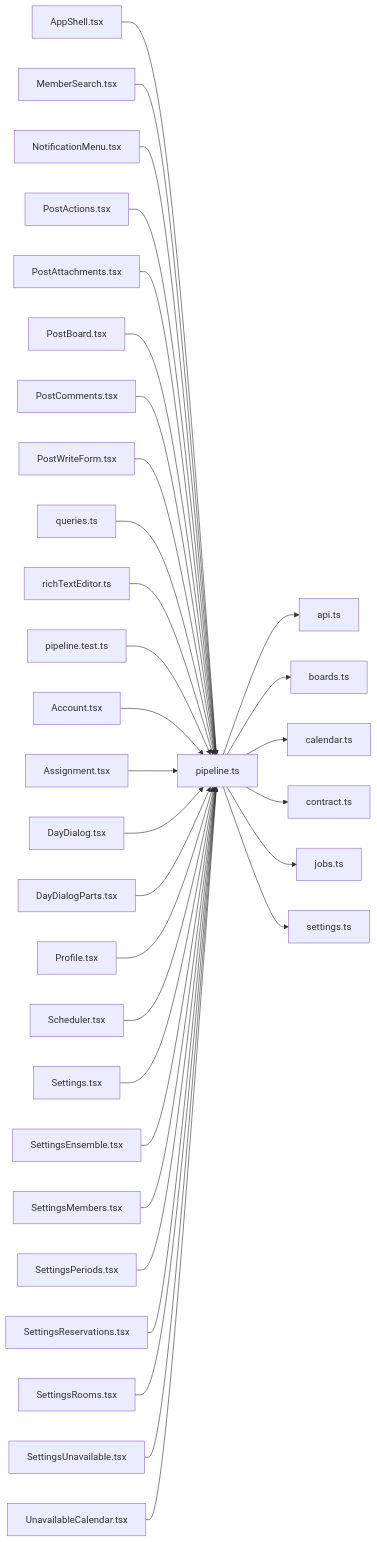
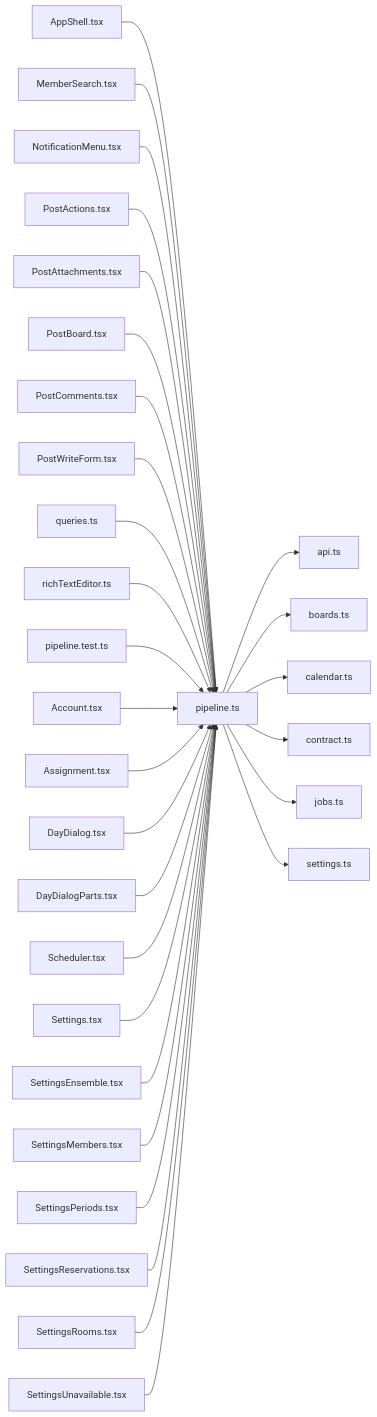
The diagram in .cluedoc/graph/frontend/src/lib/pipeline.md (minkong-dev/Banblit), drawn with Mermaid before and after one commit. The commit also changed other lines of this file and 41 other files, not shown here.

````diff
--- a/.cluedoc/graph/frontend/src/lib/pipeline.md
+++ b/.cluedoc/graph/frontend/src/lib/pipeline.md
@@ -10,35 +10,33 @@
 ```mermaid
 flowchart LR
   frontend_src_lib_pipeline["pipeline.ts"]
   frontend_src_lib_pipeline --> frontend_src_lib_api["api.ts"]
   frontend_src_lib_pipeline --> frontend_src_lib_boards["boards.ts"]
   frontend_src_lib_pipeline --> frontend_src_lib_calendar["calendar.ts"]
   frontend_src_lib_pipeline --> frontend_src_lib_contract["contract.ts"]
   frontend_src_lib_pipeline --> frontend_src_lib_jobs["jobs.ts"]
   frontend_src_lib_pipeline --> frontend_src_lib_settings["settings.ts"]
   frontend_src_components_AppShell["AppShell.tsx"] --> frontend_src_lib_pipeline
   frontend_src_components_MemberSearch["MemberSearch.tsx"] --> frontend_src_lib_pipeline
   frontend_src_components_NotificationMenu["NotificationMenu.tsx"] --> frontend_src_lib_pipeline
   frontend_src_components_PostActions["PostActions.tsx"] --> frontend_src_lib_pipeline
   frontend_src_components_PostAttachments["PostAttachments.tsx"] --> frontend_src_lib_pipeline
   frontend_src_components_PostBoard["PostBoard.tsx"] --> frontend_src_lib_pipeline
   frontend_src_components_PostComments["PostComments.tsx"] --> frontend_src_lib_pipeline
   frontend_src_components_PostWriteForm["PostWriteForm.tsx"] --> frontend_src_lib_pipeline
   frontend_src_components_queries["queries.ts"] --> frontend_src_lib_pipeline
   frontend_src_components_richTextEditor["richTextEditor.ts"] --> frontend_src_lib_pipeline
   frontend_src_lib_pipeline_test["pipeline.test.ts"] --> frontend_src_lib_pipeline
   frontend_src_routes_Account["Account.tsx"] --> frontend_src_lib_pipeline
   frontend_src_routes_Assignment["Assignment.tsx"] --> frontend_src_lib_pipeline
   frontend_src_routes_DayDialog["DayDialog.tsx"] --> frontend_src_lib_pipeline
   frontend_src_routes_DayDialogParts["DayDialogParts.tsx"] --> frontend_src_lib_pipeline
-  frontend_src_routes_Profile["Profile.tsx"] --> frontend_src_lib_pipeline
   frontend_src_routes_Scheduler["Scheduler.tsx"] --> frontend_src_lib_pipeline
   frontend_src_routes_Settings["Settings.tsx"] --> frontend_src_lib_pipeline
   frontend_src_routes_SettingsEnsemble["SettingsEnsemble.tsx"] --> frontend_src_lib_pipeline
   frontend_src_routes_SettingsMembers["SettingsMembers.tsx"] --> frontend_src_lib_pipeline
   frontend_src_routes_SettingsPeriods["SettingsPeriods.tsx"] --> frontend_src_lib_pipeline
   frontend_src_routes_SettingsReservations["SettingsReservations.tsx"] --> frontend_src_lib_pipeline
   frontend_src_routes_SettingsRooms["SettingsRooms.tsx"] --> frontend_src_lib_pipeline
   frontend_src_routes_SettingsUnavailable["SettingsUnavailable.tsx"] --> frontend_src_lib_pipeline
-  frontend_src_routes_UnavailableCalendar["UnavailableCalendar.tsx"] --> frontend_src_lib_pipeline
 ```
````
